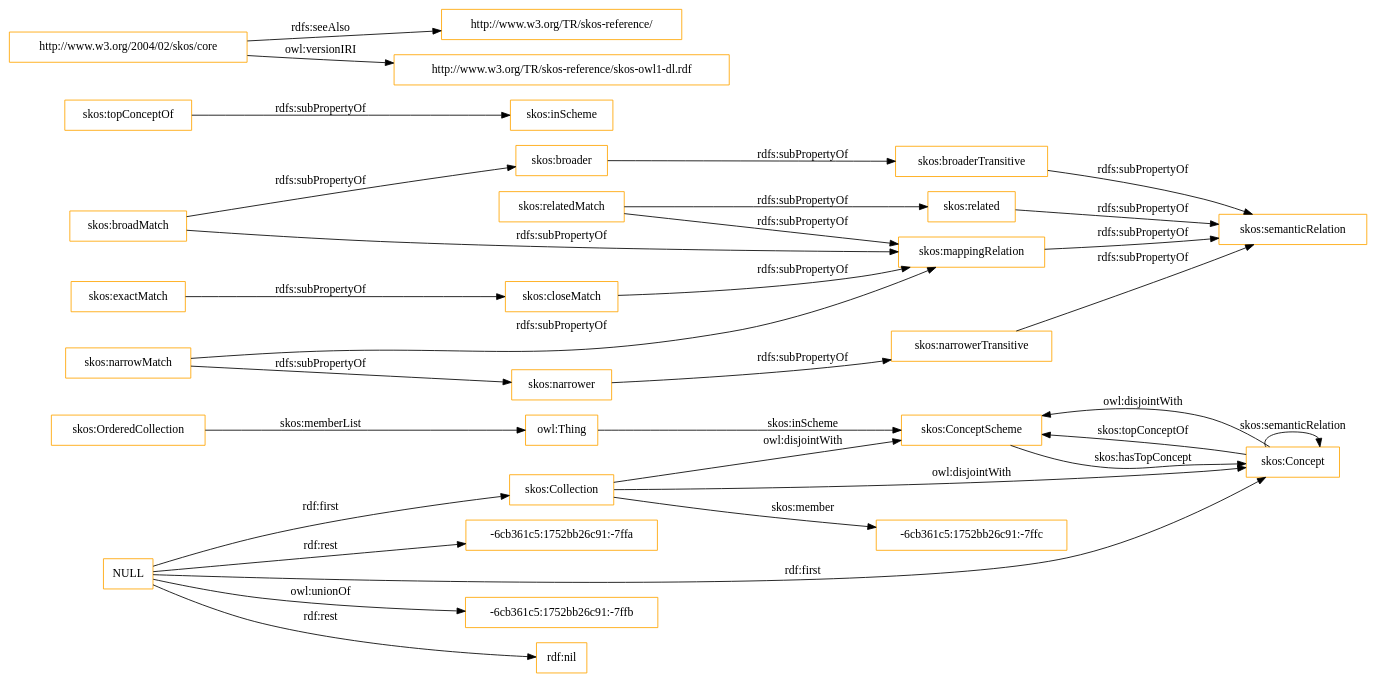
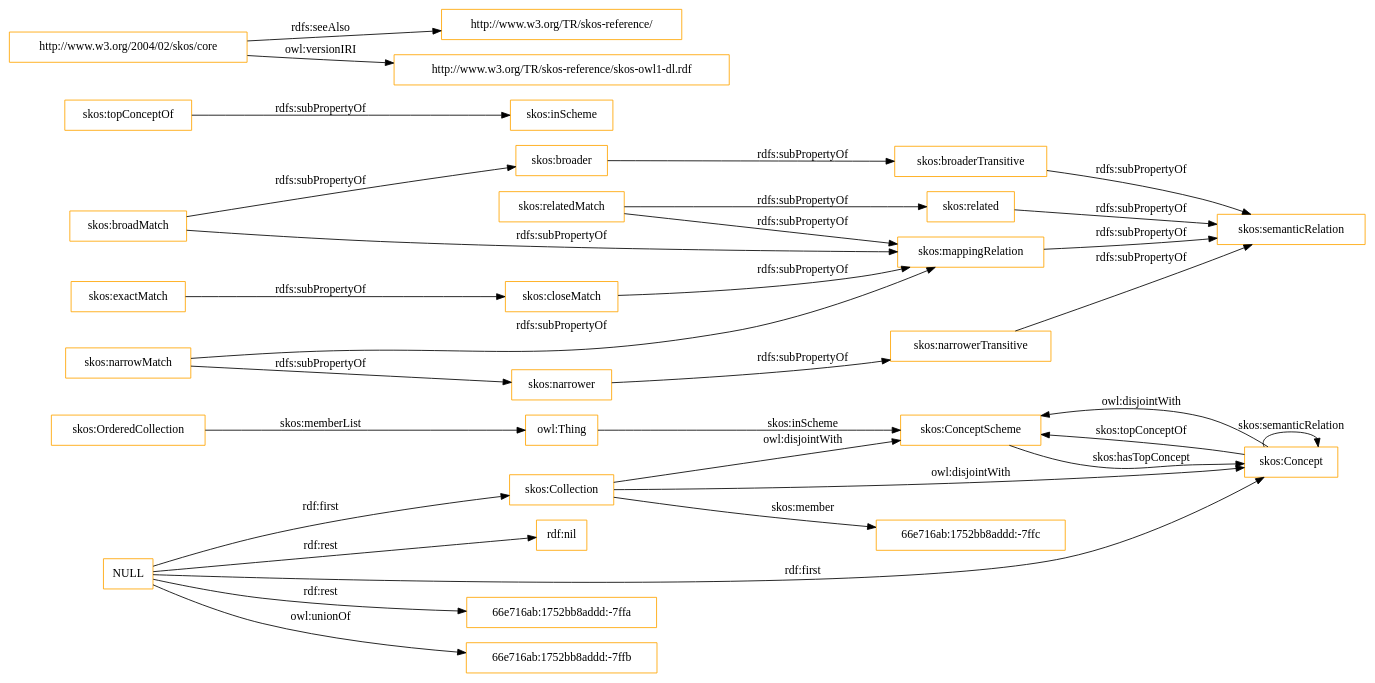
One commit to OnToologyUser/core-ontology-1 changed the diagram in OnToology/imports/skos.owl/diagrams/ar2dtool-class/skos.owl.png.dot. Above: the diagram before and after it, drawn with Graphviz. The commit also changed 14 other files, not shown here.

```diff
--- a/OnToology/imports/skos.owl/diagrams/ar2dtool-class/skos.owl.png.dot
+++ b/OnToology/imports/skos.owl/diagrams/ar2dtool-class/skos.owl.png.dot
@@ -1,37 +1,37 @@
 digraph ar2dtool_diagram { 
 rankdir=LR;
 size="1501"
-node [shape = rectangle, color="orange"]; "skos:OrderedCollection" "skos:ConceptScheme" "skos:Concept" "skos:Collection" "-6cb361c5:1752bb26c91:-7ffc" ; /*classes style*/
+node [shape = rectangle, color="orange"]; "skos:OrderedCollection" "skos:ConceptScheme" "skos:Concept" "skos:Collection" "66e716ab:1752bb8addd:-7ffc" ; /*classes style*/
 	"skos:narrowerTransitive" -> "skos:semanticRelation" [ label = "rdfs:subPropertyOf" ];
-	"NULL" -> "-6cb361c5:1752bb26c91:-7ffb" [ label = "owl:unionOf" ];
+	"NULL" -> "66e716ab:1752bb8addd:-7ffa" [ label = "rdf:rest" ];
+	"NULL" -> "skos:Collection" [ label = "rdf:first" ];
+	"NULL" -> "66e716ab:1752bb8addd:-7ffb" [ label = "owl:unionOf" ];
 	"NULL" -> "rdf:nil" [ label = "rdf:rest" ];
 	"NULL" -> "skos:Concept" [ label = "rdf:first" ];
-	"NULL" -> "-6cb361c5:1752bb26c91:-7ffa" [ label = "rdf:rest" ];
-	"NULL" -> "skos:Collection" [ label = "rdf:first" ];
 	"skos:closeMatch" -> "skos:mappingRelation" [ label = "rdfs:subPropertyOf" ];
 	"skos:Concept" -> "skos:ConceptScheme" [ label = "owl:disjointWith" ];
 	"skos:relatedMatch" -> "skos:related" [ label = "rdfs:subPropertyOf" ];
 	"skos:relatedMatch" -> "skos:mappingRelation" [ label = "rdfs:subPropertyOf" ];
 	"skos:related" -> "skos:semanticRelation" [ label = "rdfs:subPropertyOf" ];
 	"skos:topConceptOf" -> "skos:inScheme" [ label = "rdfs:subPropertyOf" ];
 	"skos:broadMatch" -> "skos:mappingRelation" [ label = "rdfs:subPropertyOf" ];
 	"skos:broadMatch" -> "skos:broader" [ label = "rdfs:subPropertyOf" ];
 	"skos:exactMatch" -> "skos:closeMatch" [ label = "rdfs:subPropertyOf" ];
 	"skos:broaderTransitive" -> "skos:semanticRelation" [ label = "rdfs:subPropertyOf" ];
 	"skos:broader" -> "skos:broaderTransitive" [ label = "rdfs:subPropertyOf" ];
 	"skos:mappingRelation" -> "skos:semanticRelation" [ label = "rdfs:subPropertyOf" ];
 	"http://www.w3.org/2004/02/skos/core" -> "http://www.w3.org/TR/skos-reference/" [ label = "rdfs:seeAlso" ];
 	"http://www.w3.org/2004/02/skos/core" -> "http://www.w3.org/TR/skos-reference/skos-owl1-dl.rdf" [ label = "owl:versionIRI" ];
 	"skos:Collection" -> "skos:ConceptScheme" [ label = "owl:disjointWith" ];
 	"skos:Collection" -> "skos:Concept" [ label = "owl:disjointWith" ];
 	"skos:narrower" -> "skos:narrowerTransitive" [ label = "rdfs:subPropertyOf" ];
 	"skos:narrowMatch" -> "skos:narrower" [ label = "rdfs:subPropertyOf" ];
 	"skos:narrowMatch" -> "skos:mappingRelation" [ label = "rdfs:subPropertyOf" ];
 	"skos:OrderedCollection" -> "owl:Thing" [ label = "skos:memberList" ];
 	"skos:Concept" -> "skos:ConceptScheme" [ label = "skos:topConceptOf" ];
 	"skos:Concept" -> "skos:Concept" [ label = "skos:semanticRelation" ];
-	"skos:Collection" -> "-6cb361c5:1752bb26c91:-7ffc" [ label = "skos:member" ];
+	"skos:Collection" -> "66e716ab:1752bb8addd:-7ffc" [ label = "skos:member" ];
 	"skos:ConceptScheme" -> "skos:Concept" [ label = "skos:hasTopConcept" ];
 	"owl:Thing" -> "skos:ConceptScheme" [ label = "skos:inScheme" ];
 
 }
```
